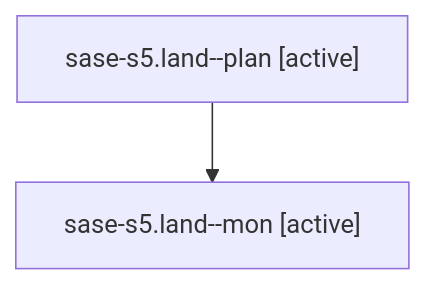
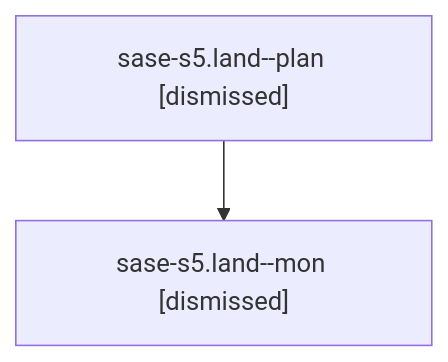
One commit to sase-org/sase--agents changed the diagram in sessions/bbugyi200.athena.sase-s5.land.md. Above: the diagram before and after it, drawn with Mermaid. The commit also changed other lines of this file and 97 other files, not shown here.

````diff
--- a/sessions/bbugyi200.athena.sase-s5.land.md
+++ b/sessions/bbugyi200.athena.sase-s5.land.md
@@ -9,6 +9,6 @@
 ```mermaid
 flowchart TD
-  n0["sase-s5.land--plan [active]"]
-  n1["sase-s5.land--mon [active]"]
+  n0["sase-s5.land--plan [dismissed]"]
+  n1["sase-s5.land--mon [dismissed]"]
   n0 --> n1
 ```
````
